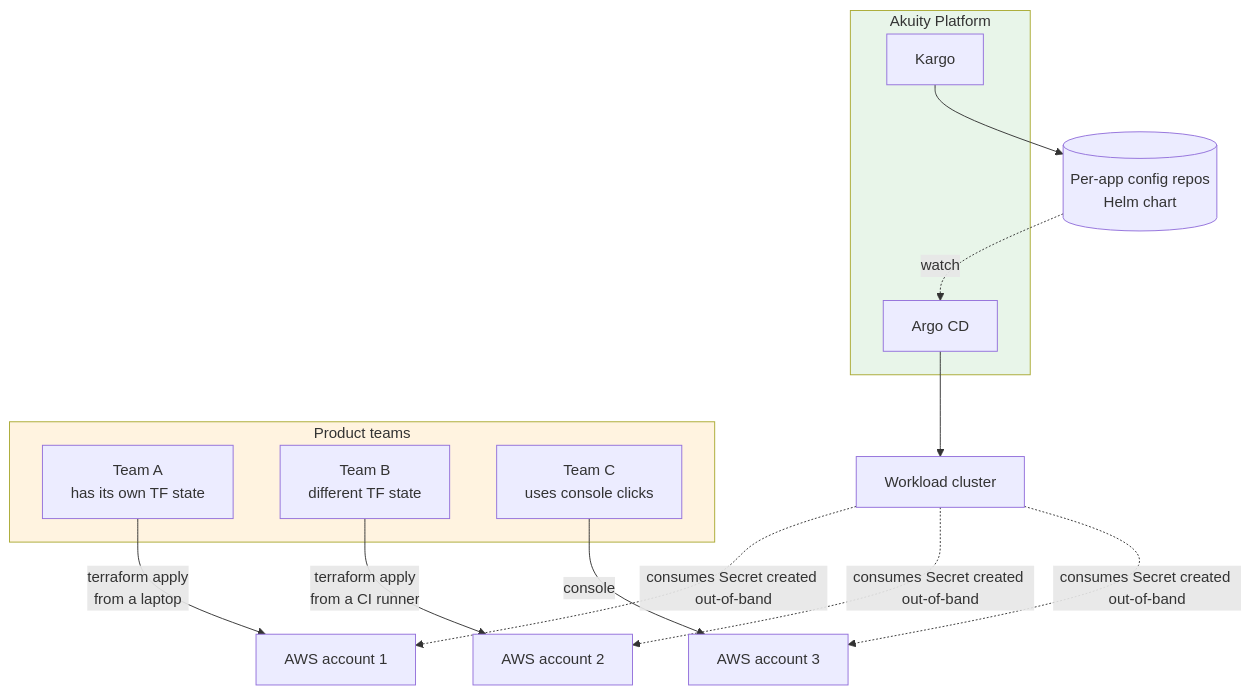
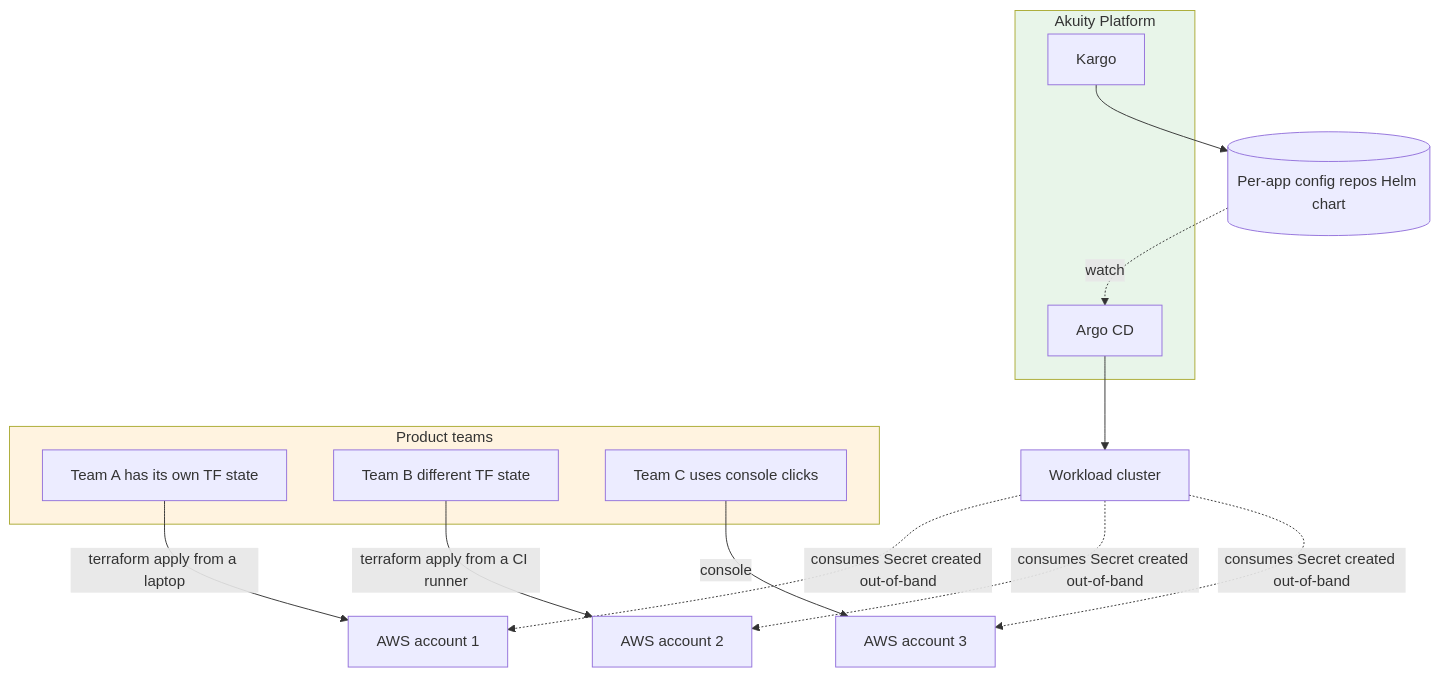
Before and after one commit to Cliftonz/akuity-deployment-examples: the fifth of 10 diagrams in docs/diagrams.md, drawn with Mermaid. The commit also changed other lines of this file, not shown here.

Commit message:
docs/diagrams: drop <br/> tags from mermaid node labels

````diff
--- a/docs/diagrams.md
+++ b/docs/diagrams.md
@@ -136,29 +136,29 @@
 ```mermaid
 flowchart TB
     subgraph Teams["Product teams"]
-        SqA[Team A<br/>has its own TF state]
-        SqB[Team B<br/>different TF state]
-        SqC[Team C<br/>uses console clicks]
+        SqA[Team A has its own TF state]
+        SqB[Team B different TF state]
+        SqC[Team C uses console clicks]
     end
 
-    SqA -->|terraform apply<br/>from a laptop| AWSA[AWS account 1]
-    SqB -->|terraform apply<br/>from a CI runner| AWSB[AWS account 2]
+    SqA -->|terraform apply from a laptop| AWSA[AWS account 1]
+    SqB -->|terraform apply from a CI runner| AWSB[AWS account 2]
     SqC -->|console| AWSC[AWS account 3]
 
     subgraph Akuity["Akuity Platform"]
         ArgoCD[Argo CD]
         Kargo[Kargo]
     end
 
-    Repo[(Per-app config repos<br/>Helm chart)] -.->|watch| ArgoCD
+    Repo[(Per-app config repos Helm chart)] -.->|watch| ArgoCD
     Kargo --> Repo
 
     ArgoCD --> Cluster[Workload cluster]
 
     Cluster -. consumes Secret created out-of-band .-> AWSA
     Cluster -. consumes Secret created out-of-band .-> AWSB
     Cluster -. consumes Secret created out-of-band .-> AWSC
 
     style Akuity fill:#e8f5e9
     style Teams fill:#fff3e0
 ```
````
